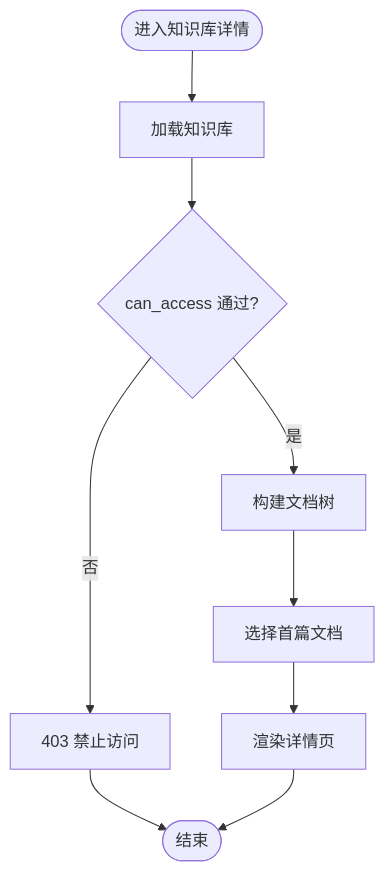
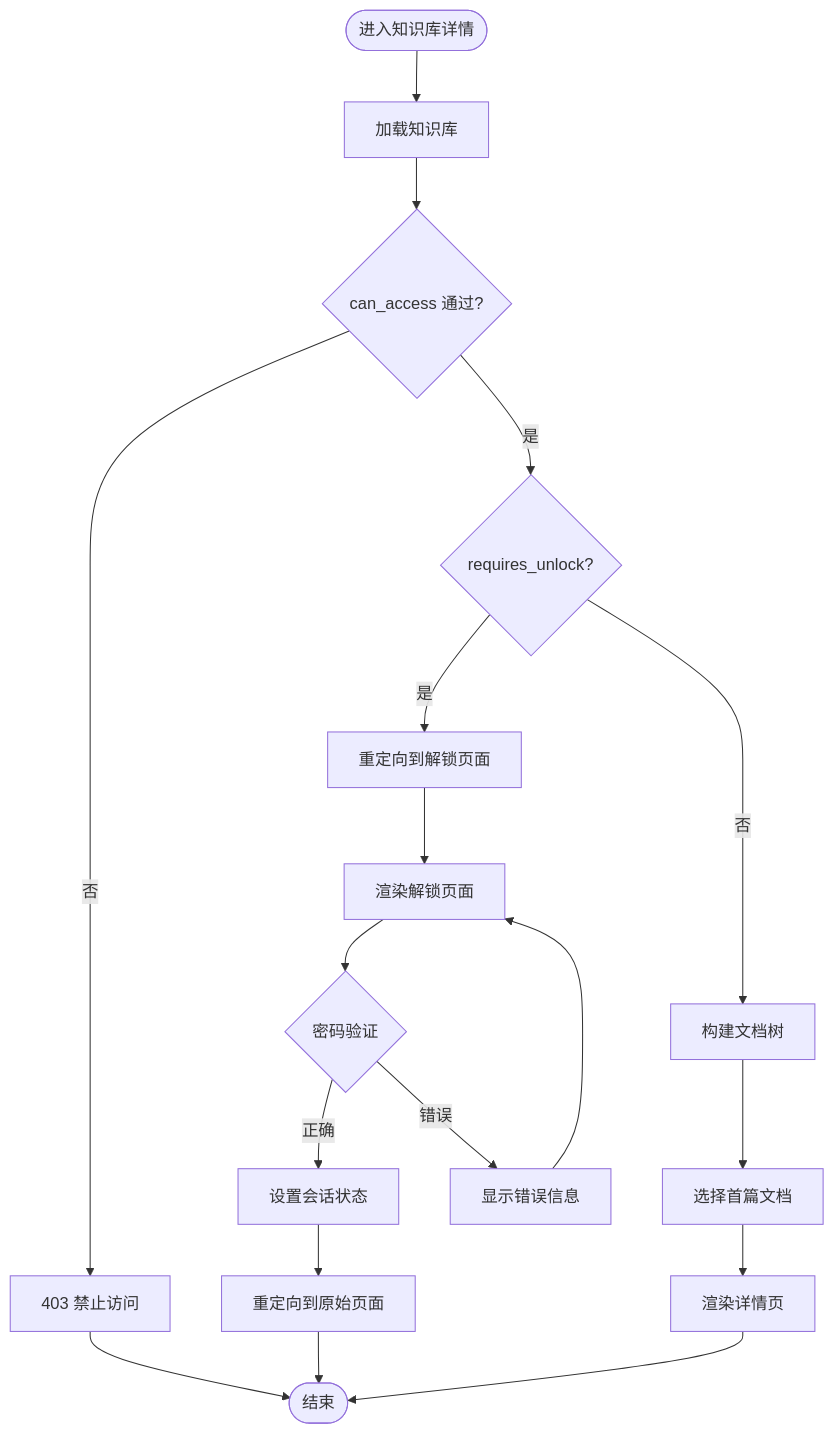
One commit to beyondalbert/my_wiki changed the third of 8 diagrams in .qoder/repowiki/zh/content/架构设计/蓝图系统设计/知识库蓝图 (Knowledge Base Blueprint).md. Above: the diagram before and after it, drawn with Mermaid. The commit also changed other lines of this file and 4 other files, not shown here.

````diff
--- a/.qoder/repowiki/zh/content/架构设计/蓝图系统设计/知识库蓝图 (Knowledge Base Blueprint).md
+++ b/.qoder/repowiki/zh/content/架构设计/蓝图系统设计/知识库蓝图 (Knowledge Base Blueprint).md
@@ -167,11 +188,20 @@
 ```mermaid
 flowchart TD
 Start(["进入知识库详情"]) --> LoadKB["加载知识库"]
 LoadKB --> CheckAccess{"can_access 通过?"}
 CheckAccess -- 否 --> Deny["403 禁止访问"]
-CheckAccess -- 是 --> BuildTree["构建文档树"]
+CheckAccess -- 是 --> CheckUnlock{"requires_unlock?"}
+CheckUnlock -- 是 --> RedirectUnlock["重定向到解锁页面"]
+CheckUnlock -- 否 --> BuildTree["构建文档树"]
+RedirectUnlock --> UnlockPage["渲染解锁页面"]
+UnlockPage --> ValidatePassword{"密码验证"}
+ValidatePassword -- 正确 --> SetSession["设置会话状态"]
+SetSession --> RedirectBack["重定向到原始页面"]
+ValidatePassword -- 错误 --> ShowError["显示错误信息"]
+ShowError --> UnlockPage
 BuildTree --> SelectFirst["选择首篇文档"]
 SelectFirst --> Render["渲染详情页"]
 Deny --> End(["结束"])
 Render --> End
+RedirectBack --> End
 ```
````
